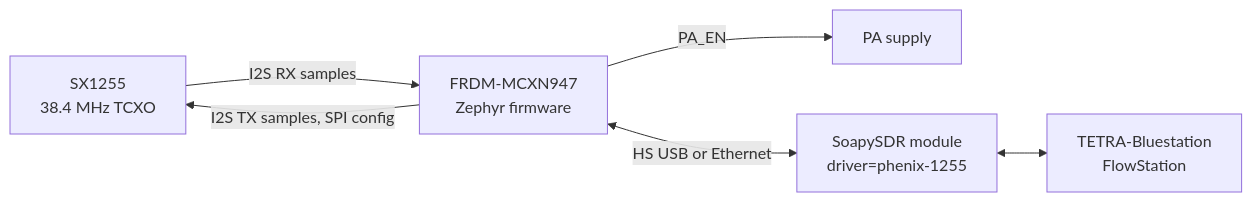
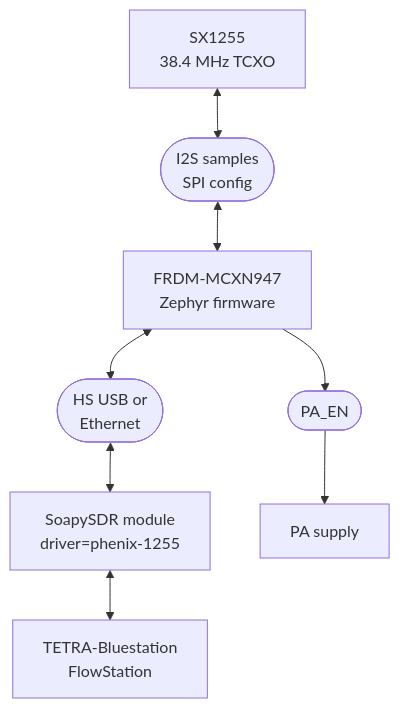
Before and after one commit to w4tchd0g/phenix-1255-sw: the diagram in README.md, drawn with Mermaid.

Commit message:
Updated diagram

````diff
--- a/README.md
+++ b/README.md
@@ -94,8 +94,7 @@
 ```mermaid
-flowchart LR
-    SX["SX1255<br/>38.4 MHz TCXO"] -->|I2S RX samples| FW["FRDM-MCXN947<br/>Zephyr firmware"]
-    FW -->|I2S TX samples, SPI config| SX
-    FW -->|PA_EN| PA["PA supply"]
-    FW <-->|HS USB or Ethernet| SOAPY["SoapySDR module<br/>driver=phenix-1255"]
+flowchart TB
+    SX["SX1255<br/>38.4 MHz TCXO"] <--> I2S(["I2S samples<br/>SPI config"]) <--> FW["FRDM-MCXN947<br/>Zephyr firmware"]
+    FW <--> LINK(["HS USB or<br/>Ethernet"]) <--> SOAPY["SoapySDR module<br/>driver=phenix-1255"]
     SOAPY <--> BS["TETRA-Bluestation<br/>FlowStation"]
+    FW --> PAEN(["PA_EN"]) --> PA["PA supply"]
 ```
````
